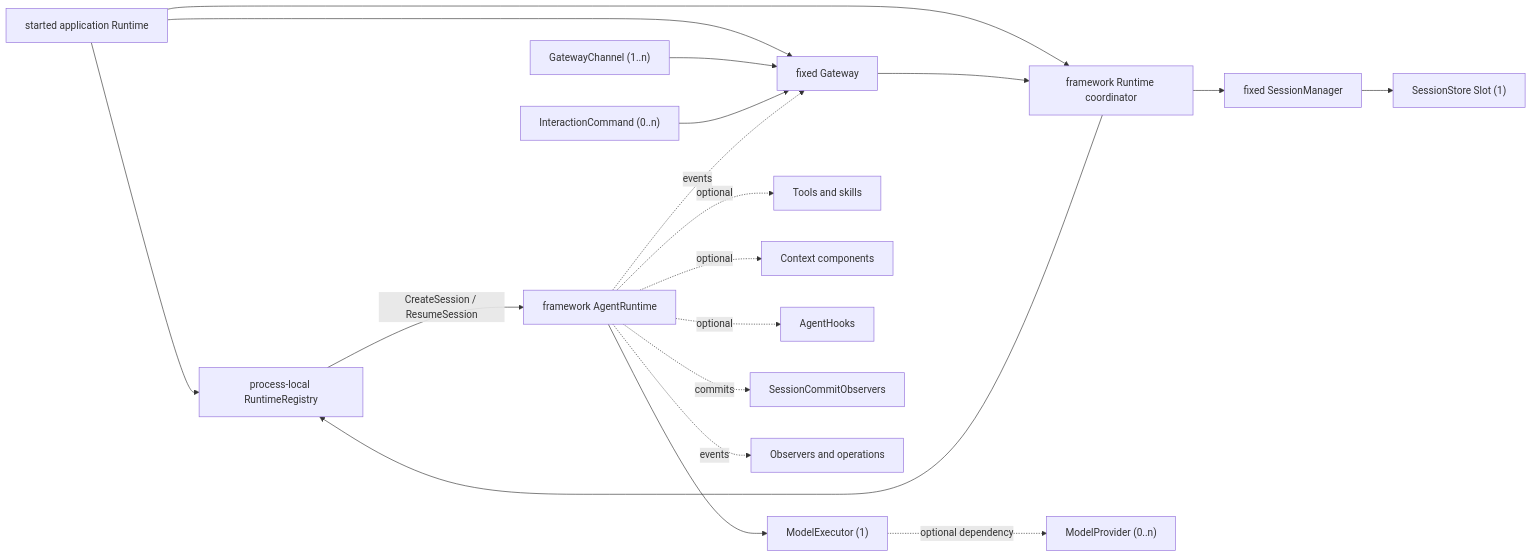
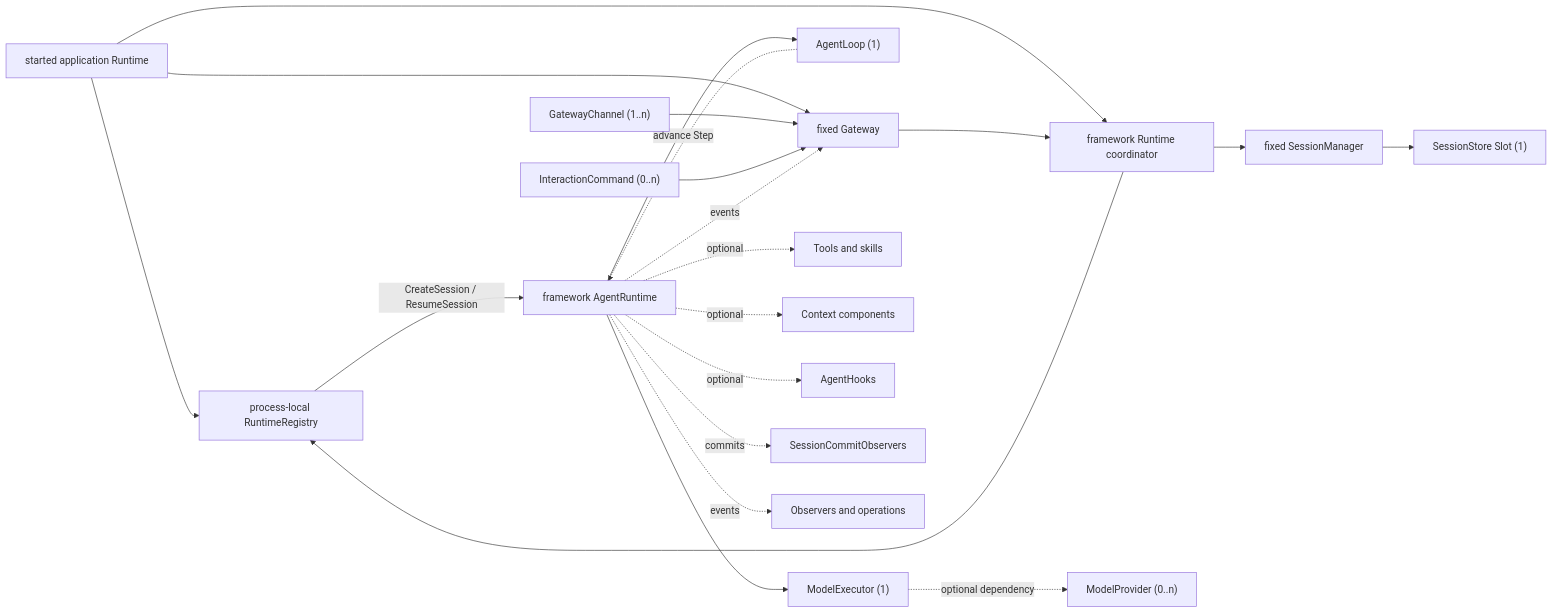
Before and after one commit to LyleLiu666/agentSlot: the diagram in COMPONENT_MAP.md, drawn with Mermaid. The commit also changed other lines of this file and 9 other files, not shown here.

````diff
--- a/COMPONENT_MAP.md
+++ b/COMPONENT_MAP.md
@@ -104,21 +107,23 @@
 ```mermaid
 flowchart LR
     AR["started application Runtime"] --> REG["process-local RuntimeRegistry"]
     AR --> RC["framework Runtime coordinator"]
     AR --> G["fixed Gateway"]
     RC --> REG
     E["GatewayChannel (1..n)"] --> G
     IC["InteractionCommand (0..n)"] --> G
     G --> RC
     RC --> SM["fixed SessionManager"]
     SM --> SS["SessionStore Slot (1)"]
     REG -->|"CreateSession / ResumeSession"| R["framework AgentRuntime"]
+    R --> L["AgentLoop (1)"]
+    L -. "advance Step" .-> R
     R --> ME["ModelExecutor (1)"]
     ME -. "optional dependency" .-> MP["ModelProvider (0..n)"]
     R -. "optional" .-> T["Tools and skills"]
     R -. "optional" .-> C["Context components"]
     R -. "optional" .-> H["AgentHooks"]
     R -. "commits" .-> SCO["SessionCommitObservers"]
     R -. "events" .-> G
     R -. "events" .-> O["Observers and operations"]
 ```
````
